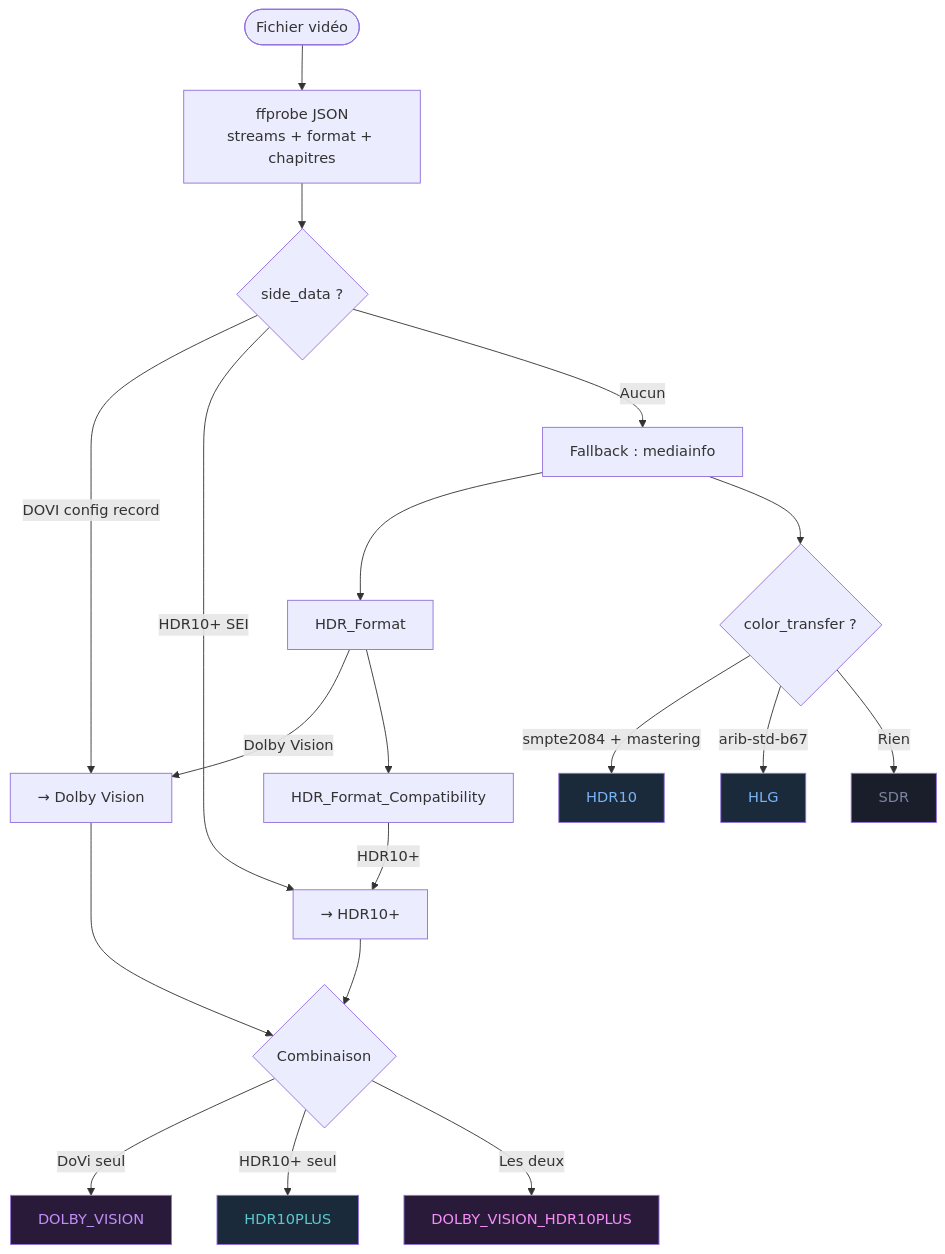
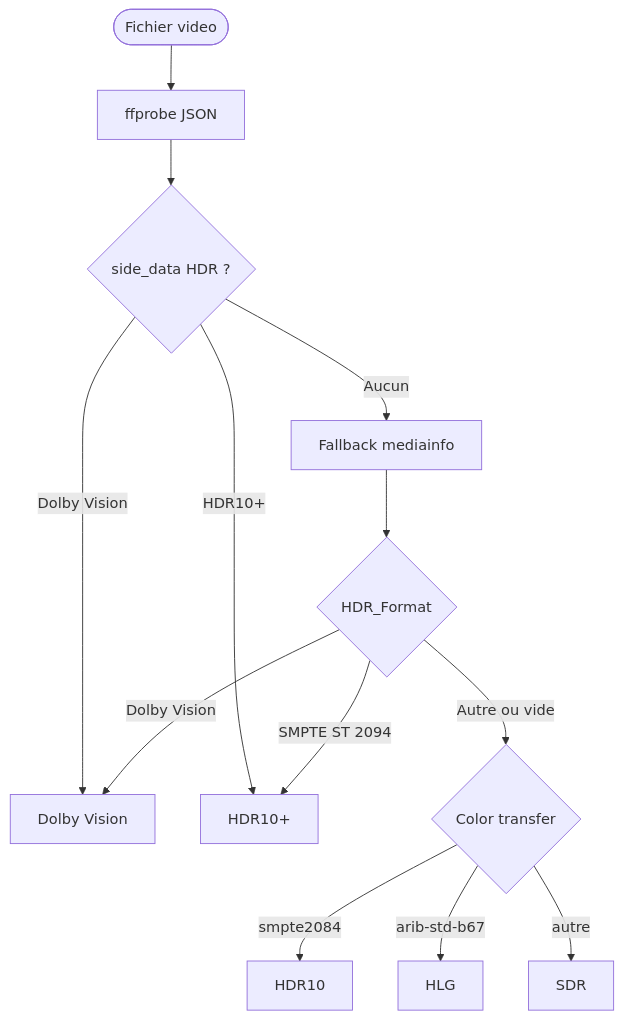
The third of 3 diagrams in README.md (Hydro74000/muxiveo), drawn with Mermaid before and after one commit. The commit also changed other lines of this file and 1 other file, not shown here.

````diff
--- a/README.md
+++ b/README.md
@@ -778,27 +237,17 @@
 ```mermaid
 flowchart TD
-    A([Fichier vidéo]) --> B[ffprobe JSON\nstreams + format + chapitres]
-    B --> C{side_data ?}
-    C -->|DOVI config record| D1[→ Dolby Vision]
-    C -->|HDR10+ SEI| D2[→ HDR10+]
-    C -->|Aucun| E[Fallback : mediainfo]
-    E --> F[HDR_Format]
+    A([Fichier video]) --> B[ffprobe JSON]
+    B --> C{side_data HDR ?}
+    C -->|Dolby Vision| D1[Dolby Vision]
+    C -->|HDR10+| D2[HDR10+]
+    C -->|Aucun| E[Fallback mediainfo]
+
+    E --> F{HDR_Format}
     F -->|Dolby Vision| D1
-    F --> G[HDR_Format_Compatibility]
-    G -->|HDR10+| D2
-    D1 & D2 --> H{Combinaison}
-    H -->|DoVi seul| R1[DOLBY_VISION]
-    H -->|HDR10+ seul| R2[HDR10PLUS]
-    H -->|Les deux| R3[DOLBY_VISION_HDR10PLUS]
-    E --> I{color_transfer ?}
-    I -->|smpte2084 + mastering| R4[HDR10]
-    I -->|arib-std-b67| R5[HLG]
-    I -->|Rien| R6[SDR]
+    F -->|SMPTE ST 2094| D2
+    F -->|Autre ou vide| G{Color transfer}
 
-    style R1 fill:#2a1a3a,color:#c08ff5
-    style R2 fill:#1a2a3a,color:#5dc8cc
-    style R3 fill:#2a1a3a,color:#f58ff5
-    style R4 fill:#1a2a3a,color:#7ab3f5
-    style R5 fill:#1a2a3a,color:#7ab3f5
-    style R6 fill:#1a1e2a,color:#7a85a0
+    G -->|smpte2084| H[HDR10]
+    G -->|arib-std-b67| I[HLG]
+    G -->|autre| J[SDR]
 ```
````
